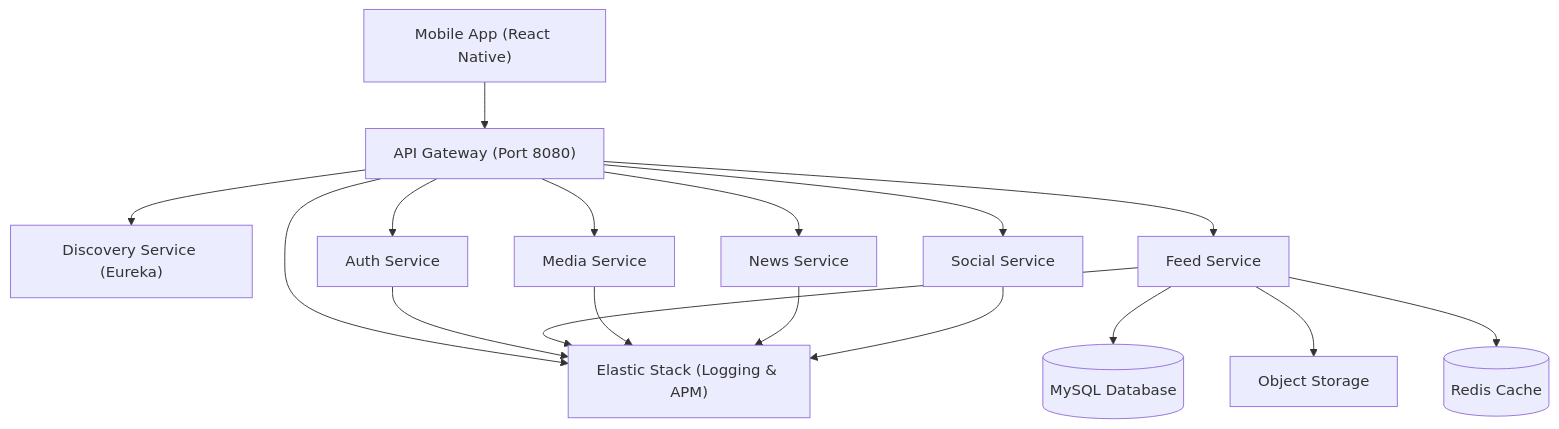
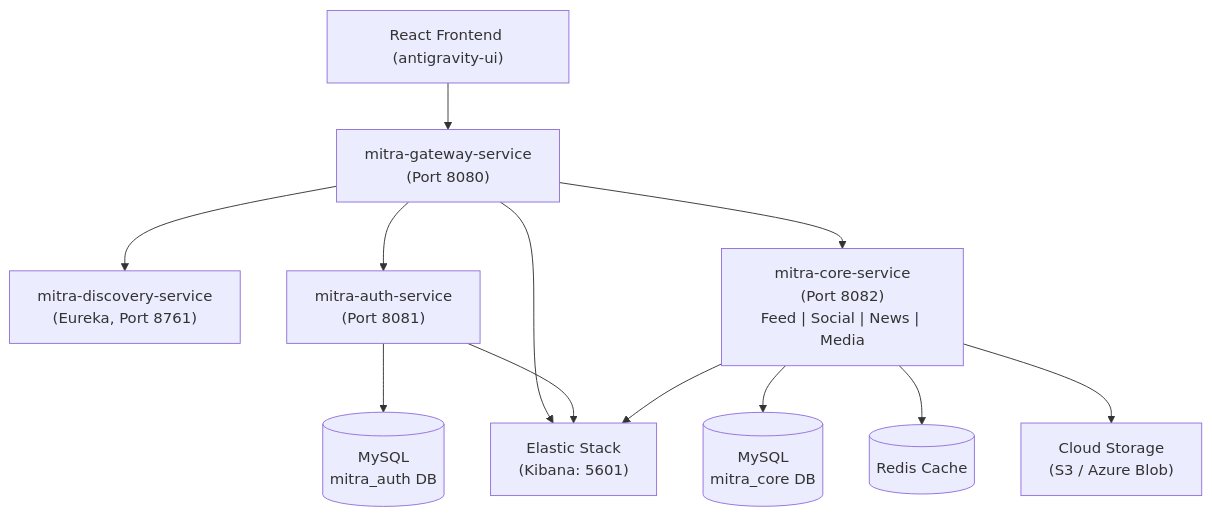
One commit to Vinayakabhat44/HearYou changed the diagram in WALKTHROUGH.md. Above: the diagram before and after it, drawn with Mermaid. The commit also changed other lines of this file and 357 other files, not shown here.

````diff
--- a/WALKTHROUGH.md
+++ b/WALKTHROUGH.md
@@ -8,21 +7,16 @@
 ```mermaid
 graph TD
-    UserApp["Mobile App (React Native)"] --> Gateway["API Gateway (Port 8080)"]
-    Gateway --> Discovery["Discovery Service (Eureka)"]
-    Gateway --> Auth_Service["Auth Service"]
-    Gateway --> Feed_Service["Feed Service"]
-    Gateway --> Media_Service["Media Service"]
-    Gateway --> News_Service["News Service"]
-    Gateway --> Social_Service["Social Service"]
-    
-    Feed_Service --> DB[("MySQL Database")]
-    Feed_Service --> ObjectStore["Object Storage"]
-    Feed_Service --> Redis[("Redis Cache")]
-    
-    Gateway --> ELK["Elastic Stack (Logging & APM)"]
-    Auth_Service --> ELK
-    Feed_Service --> ELK
-    Media_Service --> ELK
-    News_Service --> ELK
-    Social_Service --> ELK
+    UI["React Frontend (antigravity-ui)"] --> Gateway["mitra-gateway-service\n(Port 8080)"]
+    Gateway --> Discovery["mitra-discovery-service\n(Eureka, Port 8761)"]
+    Gateway --> Auth["mitra-auth-service\n(Port 8081)"]
+    Gateway --> Core["mitra-core-service\n(Port 8082)\nFeed | Social | News | Media"]
+
+    Auth --> MySQL[(MySQL\nmitra_auth DB)]
+    Core --> MySQL2[(MySQL\nmitra_core DB)]
+    Core --> Redis[(Redis Cache)]
+    Core --> Storage["Cloud Storage\n(S3 / Azure Blob)"]
+
+    Gateway --> ELK["Elastic Stack\n(Kibana: 5601)"]
+    Auth --> ELK
+    Core --> ELK
 ```
````
